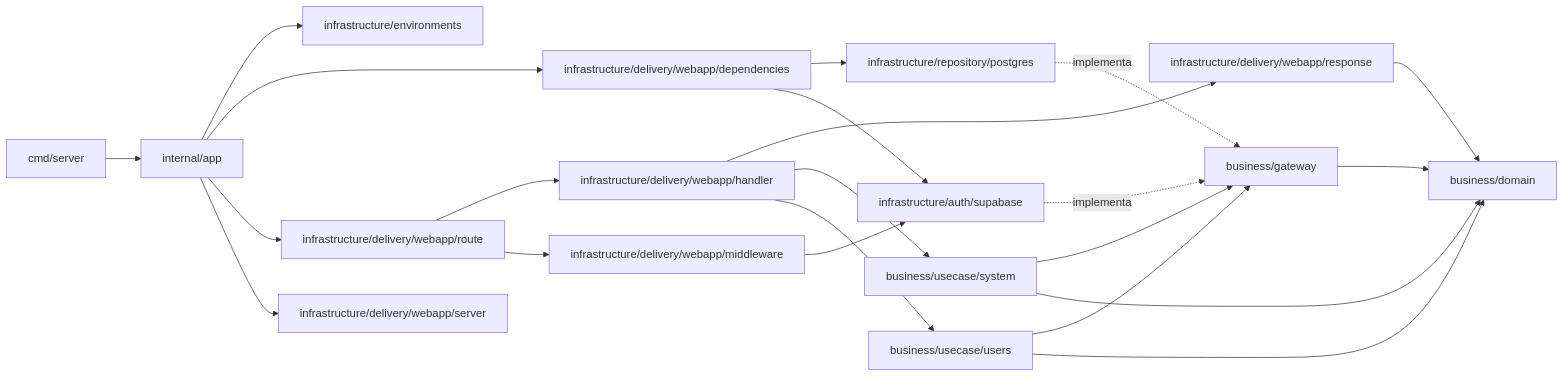
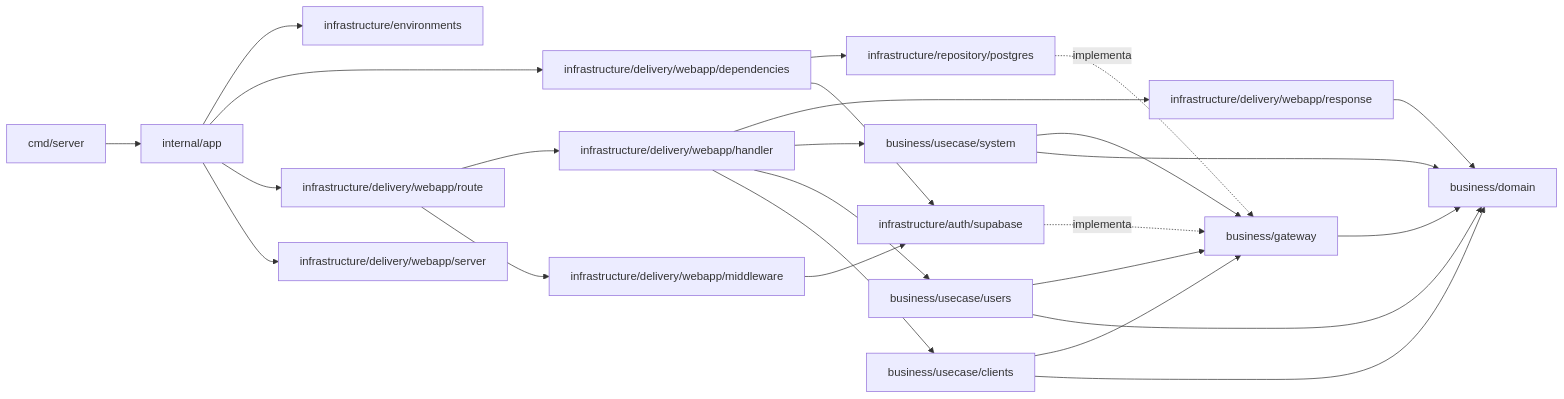
One commit to LoteoApp/LoteosAPP changed the second of 2 diagrams in docs/architecture.md. Above: the diagram before and after it, drawn with Mermaid. The commit also changed other lines of this file and 33 other files, not shown here.

````diff
--- a/docs/architecture.md
+++ b/docs/architecture.md
@@ -176,24 +176,27 @@
 ```mermaid
 flowchart LR
     main["cmd/server"] --> app["internal/app"]
     app --> environments["infrastructure/environments"]
     app --> deps["infrastructure/delivery/webapp/dependencies"]
     app --> route["infrastructure/delivery/webapp/route"]
     app --> server["infrastructure/delivery/webapp/server"]
     deps --> repo["infrastructure/repository/postgres"]
     deps --> supabase["infrastructure/auth/supabase"]
     route --> handler["infrastructure/delivery/webapp/handler"]
     route --> middleware["infrastructure/delivery/webapp/middleware"]
     middleware --> supabase
     handler --> response["infrastructure/delivery/webapp/response"]
     handler --> usecaseSystem["business/usecase/system"]
     handler --> usecaseUsers["business/usecase/users"]
+    handler --> usecaseClients["business/usecase/clients"]
     repo -.implementa.-> gateway["business/gateway"]
     supabase -.implementa.-> gateway
     usecaseSystem --> gateway
     usecaseUsers --> gateway
+    usecaseClients --> gateway
     usecaseSystem --> domain["business/domain"]
     usecaseUsers --> domain
+    usecaseClients --> domain
     response --> domain
     gateway --> domain
 ```
````
